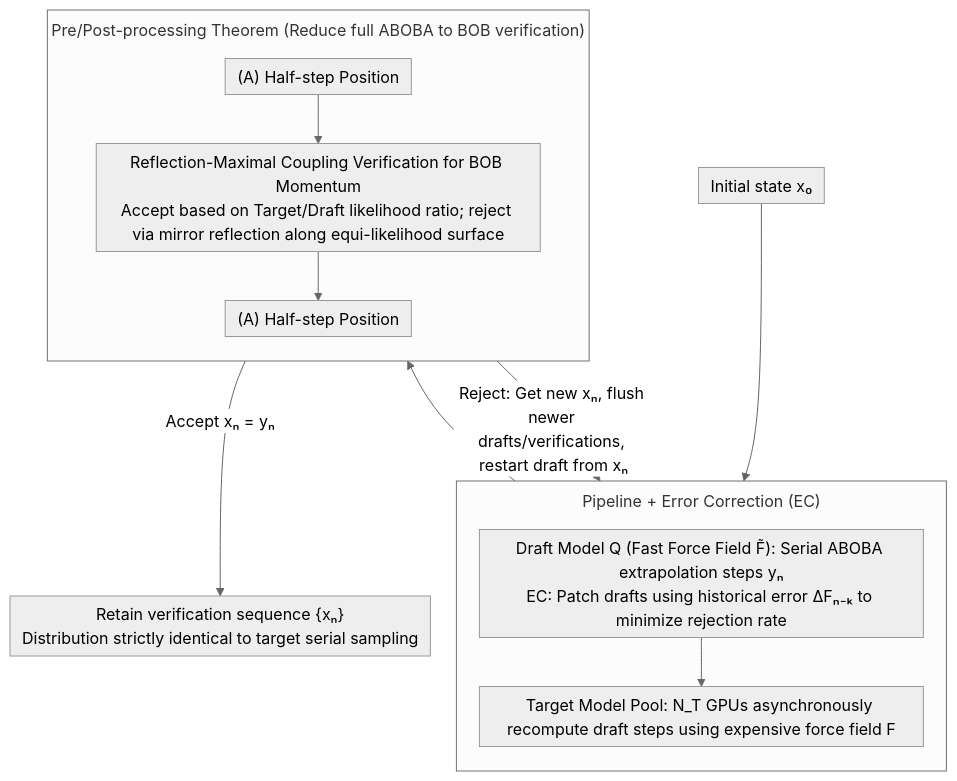
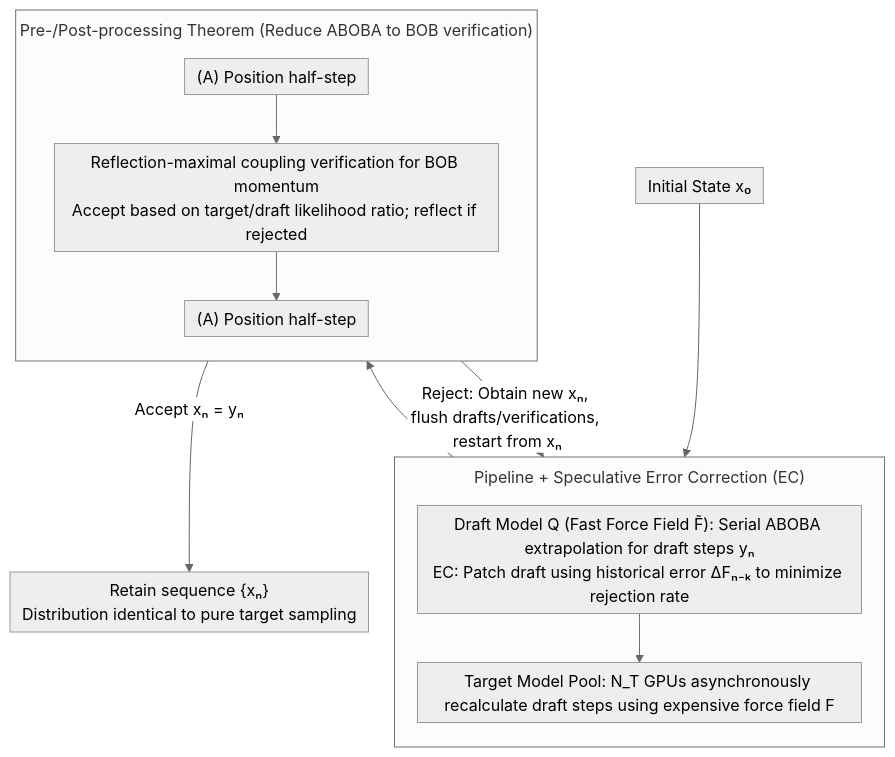
Before and after one commit to zhaoyang97/Paper-Notes-en: the diagram in docs/ICML2026/physics/speculative_sampling_for_faster_molecular_dynamics.md, drawn with Mermaid (neutral theme). The commit also changed other lines of this file and 5084 other files, not shown here.

````diff
--- a/docs/ICML2026/physics/speculative_sampling_for_faster_molecular_dynamics.md
+++ b/docs/ICML2026/physics/speculative_sampling_for_faster_molecular_dynamics.md
@@ -49,20 +49,20 @@
 ```mermaid
 %%{init: {'flowchart': {'rankSpacing': 24, 'nodeSpacing': 26, 'padding': 6, 'wrappingWidth': 420, 'subGraphTitleMargin': {'top': 8, 'bottom': 16}}}}%%
 flowchart TD
-    A["Initial state x₀"]
-    subgraph PIPE["Pipeline + Error Correction (EC)"]
+    A["Initial State x₀"]
+    subgraph PIPE["Pipeline + Speculative Error Correction (EC)"]
         direction TB
-        B["Draft Model Q (Fast Force Field F̃): Serial ABOBA extrapolation steps yₙ<br/>EC: Patch drafts using historical error ΔFₙ₋ₖ to minimize rejection rate"]
-        C["Target Model Pool: N_T GPUs asynchronously recompute draft steps using expensive force field F"]
+        B["Draft Model Q (Fast Force Field F̃): Serial ABOBA extrapolation for draft steps yₙ<br/>EC: Patch draft using historical error ΔFₙ₋ₖ to minimize rejection rate"]
+        C["Target Model Pool: N_T GPUs asynchronously recalculate draft steps using expensive force field F"]
     end
-    subgraph V["Pre/Post-processing Theorem (Reduce full ABOBA to BOB verification)"]
+    subgraph V["Pre-/Post-processing Theorem (Reduce ABOBA to BOB verification)"]
         direction TB
-        D["(A) Half-step Position"] --> E["Reflection-Maximal Coupling Verification for BOB Momentum<br/>Accept based on Target/Draft likelihood ratio; reject via mirror reflection along equi-likelihood surface"]
-        E --> F["(A) Half-step Position"]
+        D["(A) Position half-step"] --> E["Reflection-maximal coupling verification for BOB momentum<br/>Accept based on target/draft likelihood ratio; reflect if rejected"]
+        E --> F["(A) Position half-step"]
     end
     A --> B
     B --> C
     C --> D
-    F -->|"Accept xₙ = yₙ"| G["Retain verification sequence {xₙ}<br/>Distribution strictly identical to target serial sampling"]
-    F -->|"Reject: Get new xₙ, flush newer drafts/verifications, restart draft from xₙ"| B
+    F -->|"Accept xₙ = yₙ"| G["Retain sequence {xₙ}<br/>Distribution identical to pure target sampling"]
+    F -->|"Reject: Obtain new xₙ, flush drafts/verifications, restart from xₙ"| B
 ```
````
